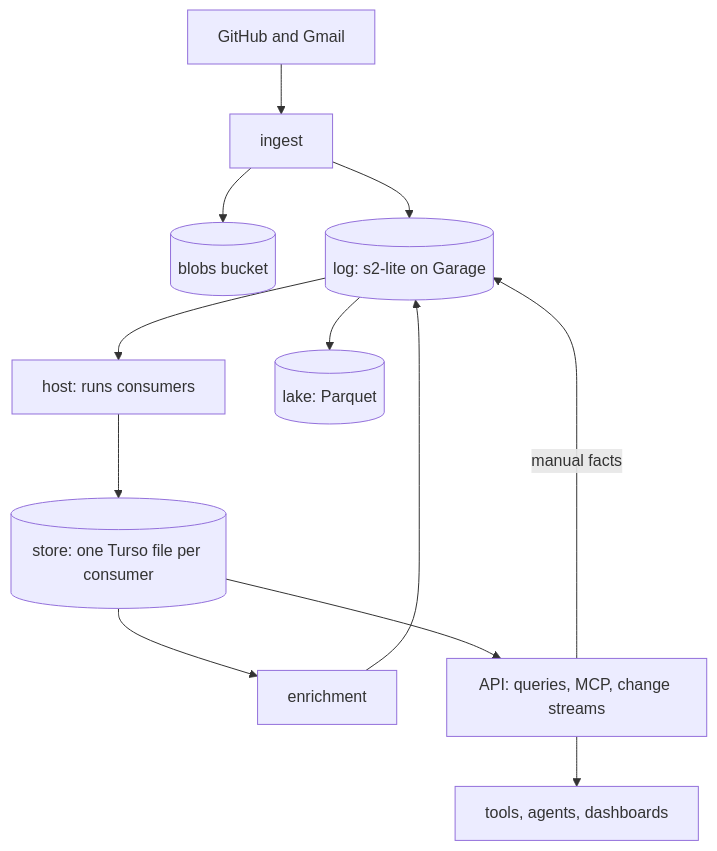
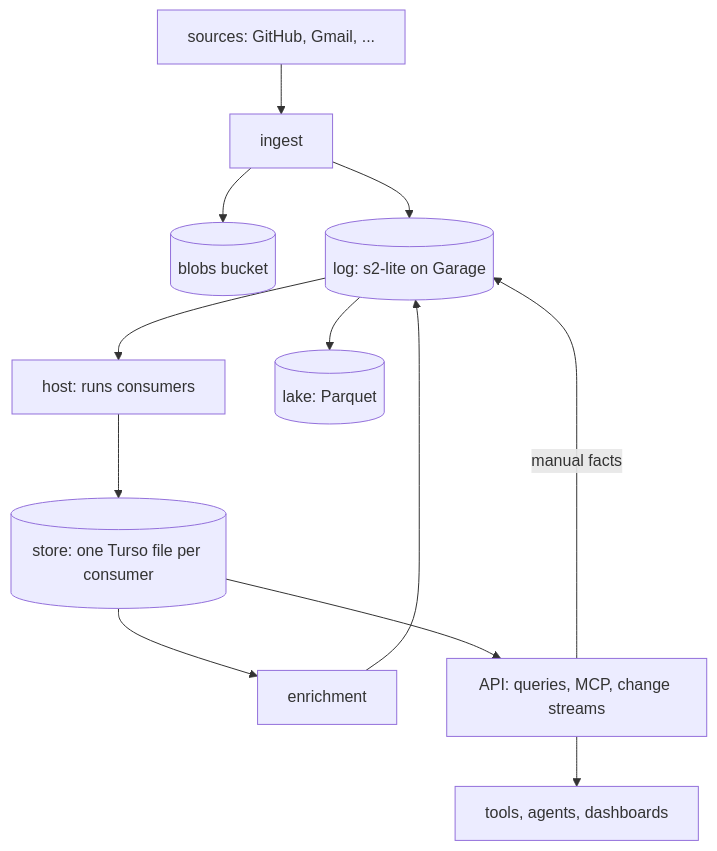
One commit to zgeoff/pepys changed the diagram in docs/design/pepys/README.md. Above: the diagram before and after it, drawn with Mermaid. The commit also changed other lines of this file and 3 other files, not shown here.

````diff
--- a/docs/design/pepys/README.md
+++ b/docs/design/pepys/README.md
@@ -32,14 +36,14 @@
 ```mermaid
 flowchart TD
-  sources[GitHub and Gmail] --> ingest
+  sources["sources: GitHub, Gmail, ..."] --> ingest
   ingest --> blobs[(blobs bucket)]
   ingest --> log[(log: s2-lite on Garage)]
   log --> host[host: runs consumers]
   host --> store[(store: one Turso file per consumer)]
   store --> enrichment
   enrichment --> log
   store --> api[API: queries, MCP, change streams]
   api -- manual facts --> log
   api --> clients[tools, agents, dashboards]
   log --> lake[(lake: Parquet)]
 ```
````
